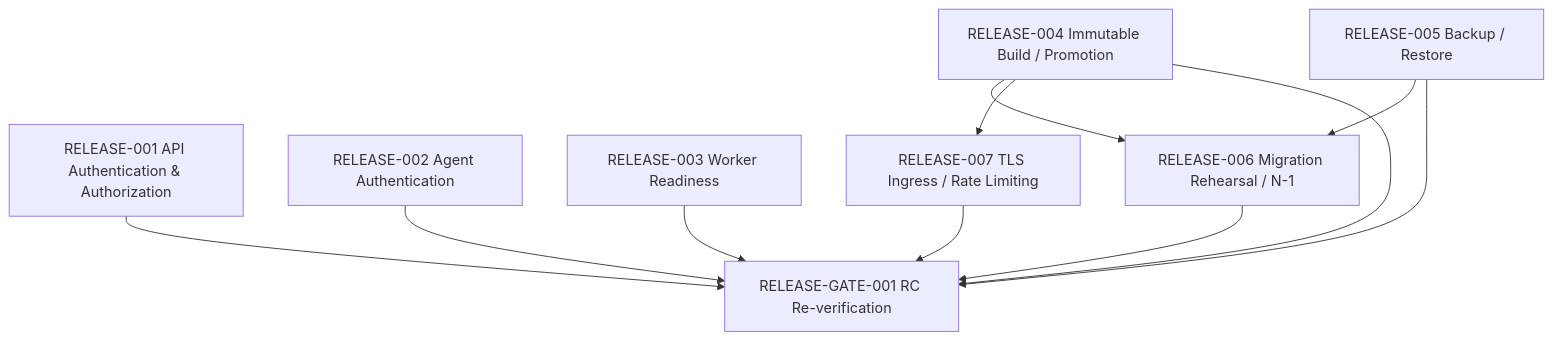
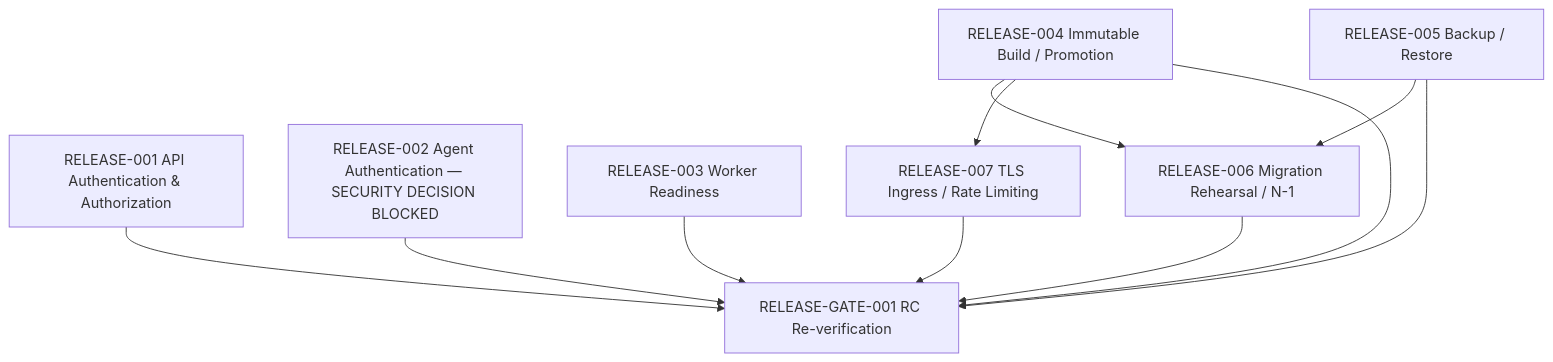
One commit to duclee9x/itcenter changed the diagram in docs/release/RELEASE_DEPENDENCY_GRAPH.md. Above: the diagram before and after it, drawn with Mermaid. The commit also changed other lines of this file and 14 other files, not shown here.

Commit message:
Define RELEASE-002 Agent auth security contract gap

````diff
--- a/docs/release/RELEASE_DEPENDENCY_GRAPH.md
+++ b/docs/release/RELEASE_DEPENDENCY_GRAPH.md
@@ -6,23 +6,23 @@
 ```mermaid
 flowchart TD
   R001[RELEASE-001 API Authentication & Authorization]
-  R002[RELEASE-002 Agent Authentication]
+  R002[RELEASE-002 Agent Authentication — SECURITY DECISION BLOCKED]
   R003[RELEASE-003 Worker Readiness]
   R004[RELEASE-004 Immutable Build / Promotion]
   R005[RELEASE-005 Backup / Restore]
   R006[RELEASE-006 Migration Rehearsal / N-1]
   R007[RELEASE-007 TLS Ingress / Rate Limiting]
   G001[RELEASE-GATE-001 RC Re-verification]
 
   R004 --> R006
   R005 --> R006
   R004 --> R007
 
   R001 --> G001
   R002 --> G001
   R003 --> G001
   R004 --> G001
   R005 --> G001
   R006 --> G001
   R007 --> G001
 ```
````
